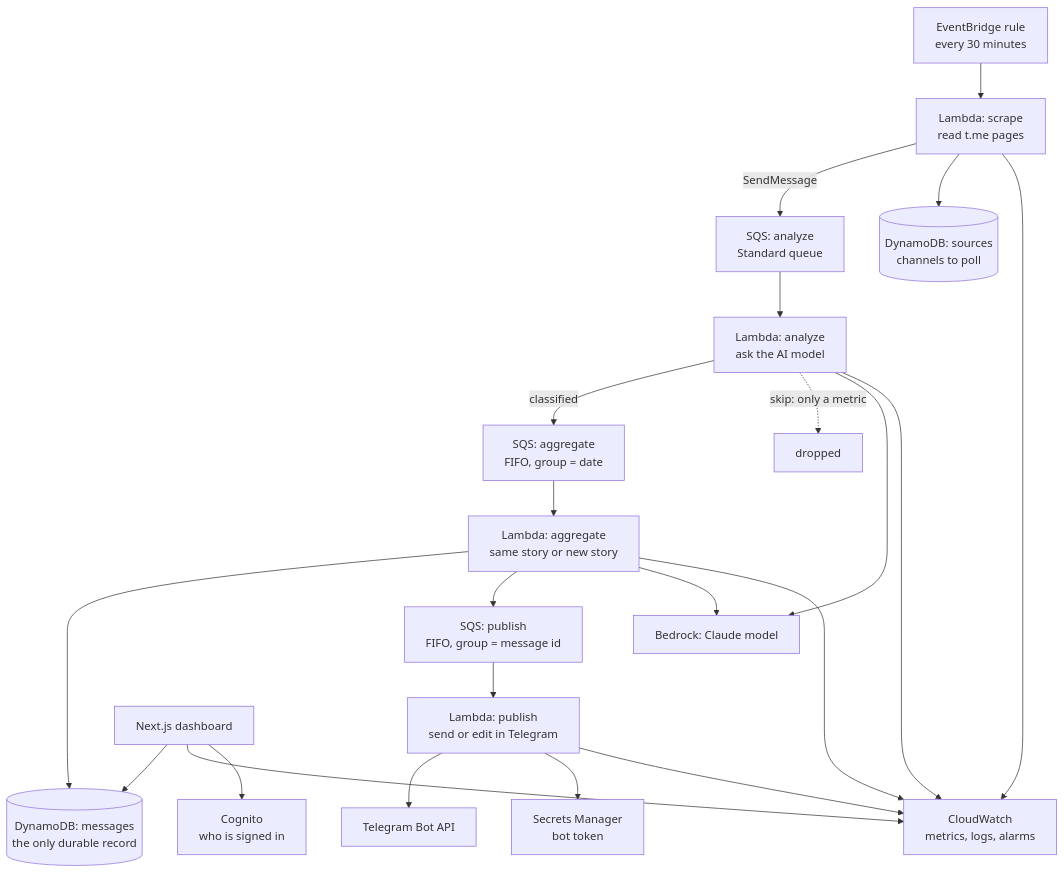
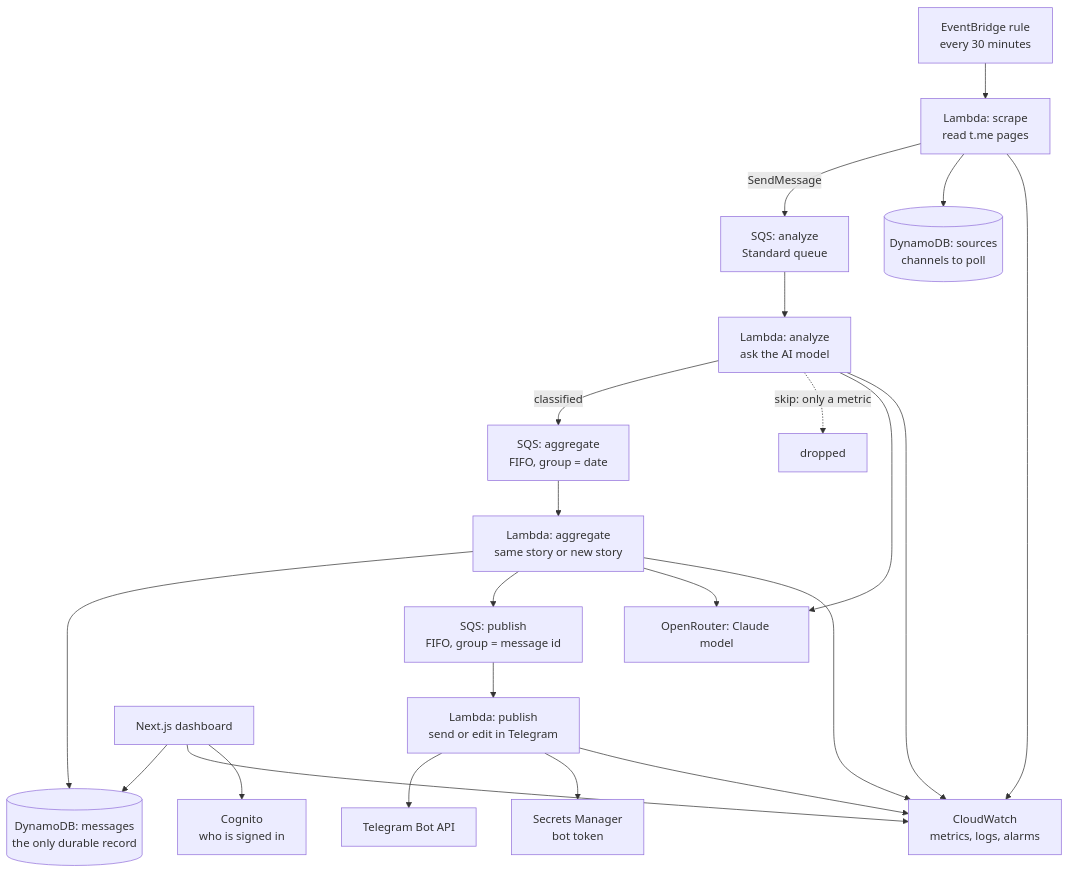
The second of 16 diagrams in docs/learning.md (alitskevich/telegator), drawn with Mermaid before and after one commit. The commit also changed other lines of this file and 35 other files, not shown here.

````diff
--- a/docs/learning.md
+++ b/docs/learning.md
@@ -82,21 +82,21 @@
 ```mermaid
 flowchart TD
   Clock["EventBridge rule<br/>every 30 minutes"] --> Scrape["Lambda: scrape<br/>read t.me pages"]
   Scrape -->|"SendMessage"| Q1["SQS: analyze<br/>Standard queue"]
   Q1 --> Analyze["Lambda: analyze<br/>ask the AI model"]
   Analyze -->|"classified"| Q2["SQS: aggregate<br/>FIFO, group = date"]
   Analyze -.->|"skip: only a metric"| Drop["dropped"]
   Q2 --> Agg["Lambda: aggregate<br/>same story or new story"]
   Agg --> DDB[("DynamoDB: messages<br/>the only durable record")]
   Agg --> Q3["SQS: publish<br/>FIFO, group = message id"]
   Q3 --> Pub["Lambda: publish<br/>send or edit in Telegram"]
   Pub --> TG["Telegram Bot API"]
   Scrape --> SRC[("DynamoDB: sources<br/>channels to poll")]
-  Analyze --> BR["Bedrock: Claude model"]
+  Analyze --> BR["OpenRouter: Claude model"]
   Agg --> BR
   Pub --> SM["Secrets Manager<br/>bot token"]
   Scrape & Analyze & Agg & Pub --> CW["CloudWatch<br/>metrics, logs, alarms"]
   Dash["Next.js dashboard"] --> DDB
   Dash --> CW
   Dash --> Cog["Cognito<br/>who is signed in"]
 ```
````
